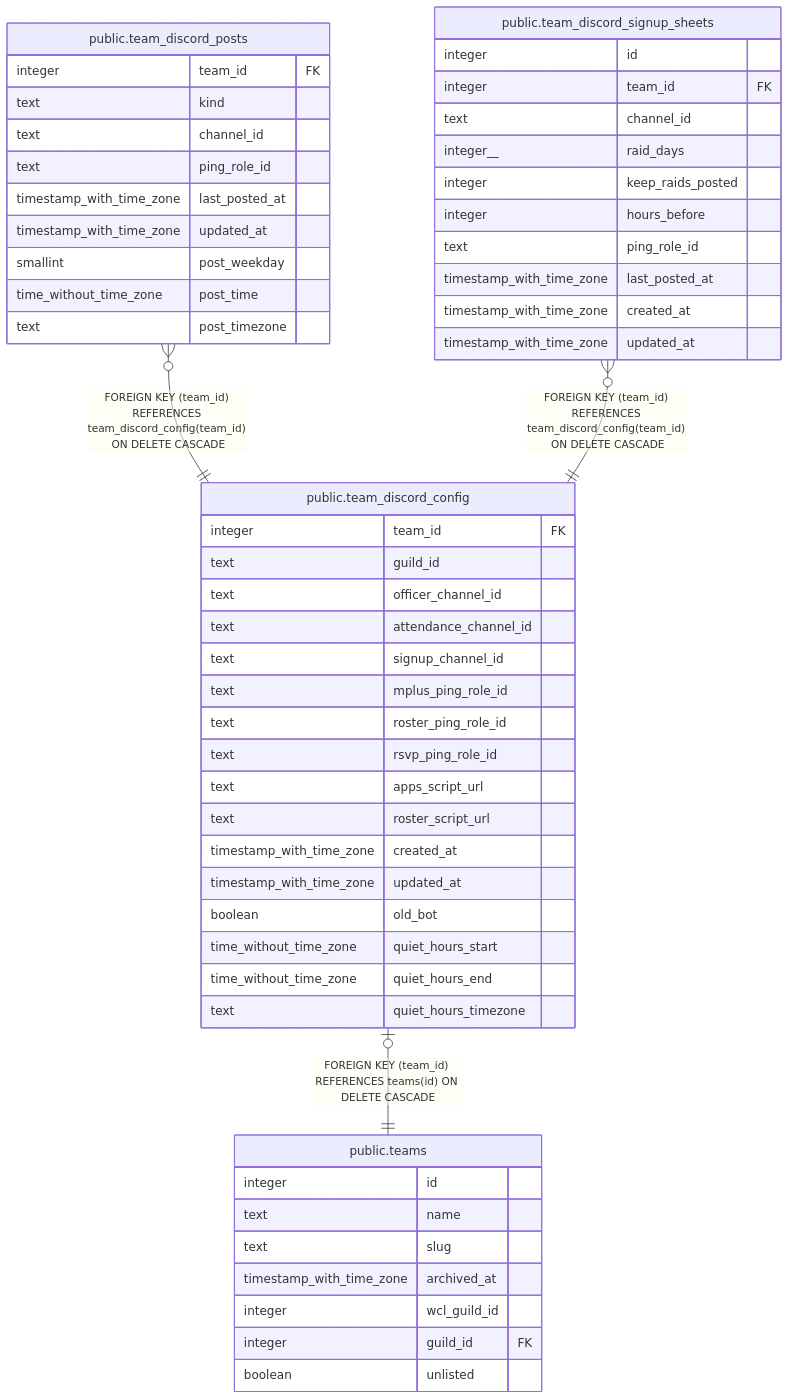
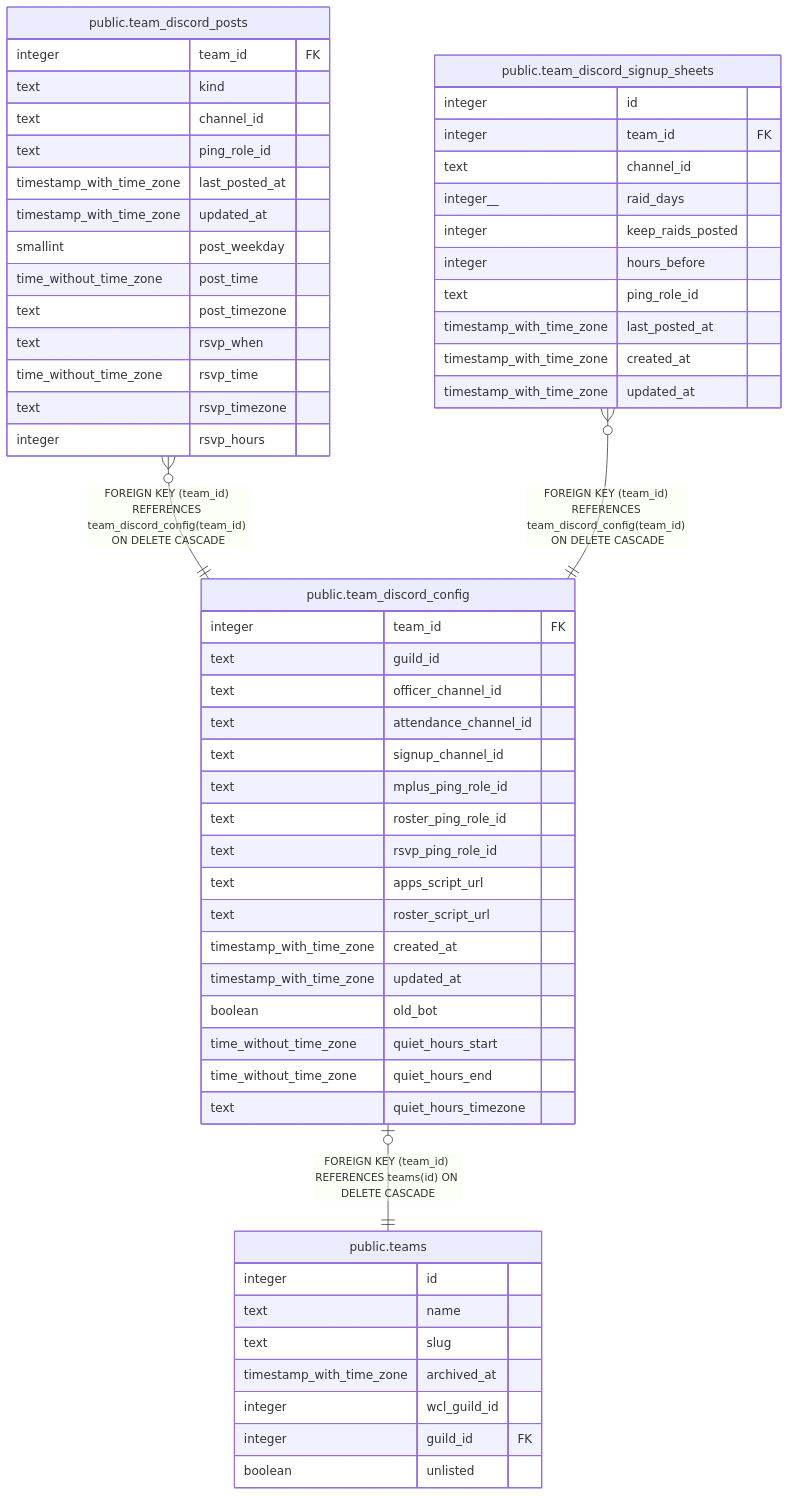
Before and after one commit to katogaming88/WGA-Raid-Hub: the diagram in dbdoc/public.team_discord_config.md, drawn with Mermaid. The commit also changed 29 other files, not shown here.

````diff
--- a/dbdoc/public.team_discord_config.md
+++ b/dbdoc/public.team_discord_config.md
@@ -44,58 +44,62 @@
 ```mermaid
 erDiagram
 
 "public.team_discord_config" |o--|| "public.teams" : "FOREIGN KEY (team_id) REFERENCES teams(id) ON DELETE CASCADE"
 "public.team_discord_posts" }o--|| "public.team_discord_config" : "FOREIGN KEY (team_id) REFERENCES team_discord_config(team_id) ON DELETE CASCADE"
 "public.team_discord_signup_sheets" }o--|| "public.team_discord_config" : "FOREIGN KEY (team_id) REFERENCES team_discord_config(team_id) ON DELETE CASCADE"
 
 "public.team_discord_config" {
   integer team_id FK
   text guild_id
   text officer_channel_id
   text attendance_channel_id
   text signup_channel_id
   text mplus_ping_role_id
   text roster_ping_role_id
   text rsvp_ping_role_id
   text apps_script_url
   text roster_script_url
   timestamp_with_time_zone created_at
   timestamp_with_time_zone updated_at
   boolean old_bot
   time_without_time_zone quiet_hours_start
   time_without_time_zone quiet_hours_end
   text quiet_hours_timezone
 }
 "public.teams" {
   integer id
   text name
   text slug
   timestamp_with_time_zone archived_at
   integer wcl_guild_id
   integer guild_id FK
   boolean unlisted
 }
 "public.team_discord_posts" {
   integer team_id FK
   text kind
   text channel_id
   text ping_role_id
   timestamp_with_time_zone last_posted_at
   timestamp_with_time_zone updated_at
   smallint post_weekday
   time_without_time_zone post_time
   text post_timezone
+  text rsvp_when
+  time_without_time_zone rsvp_time
+  text rsvp_timezone
+  integer rsvp_hours
 }
 "public.team_discord_signup_sheets" {
   integer id
   integer team_id FK
   text channel_id
   integer__ raid_days
   integer keep_raids_posted
   integer hours_before
   text ping_role_id
   timestamp_with_time_zone last_posted_at
   timestamp_with_time_zone created_at
   timestamp_with_time_zone updated_at
 }
 ```
````
